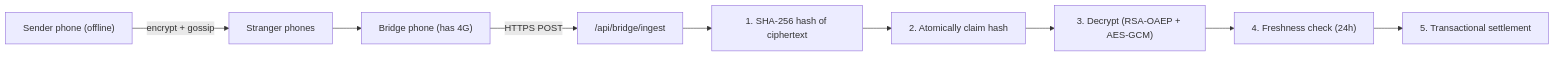
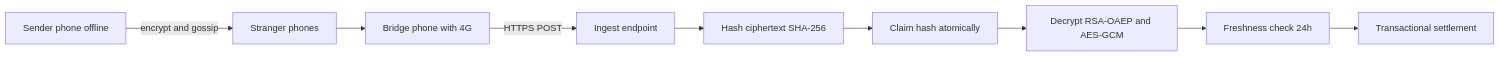
One commit to srivarshithagoli/Firefly changed the diagram in README.md. Above: the diagram before and after it, drawn with Mermaid. The commit also changed other lines of this file, not shown here.

````diff
--- a/README.md
+++ b/README.md
@@ -40,11 +38,11 @@
 ```mermaid
 flowchart LR
-    A["Sender phone (offline)"] -->|"encrypt + gossip"| B["Stranger phones"]
-    B --> C["Bridge phone (has 4G)"]
-    C -->|"HTTPS POST"| D["/api/bridge/ingest"]
-    D --> E["1. SHA-256 hash of ciphertext"]
-    E --> F["2. Atomically claim hash"]
-    F --> G["3. Decrypt (RSA-OAEP + AES-GCM)"]
-    G --> H["4. Freshness check (24h)"]
-    H --> I["5. Transactional settlement"]
+    A[Sender phone offline] -->|encrypt and gossip| B[Stranger phones]
+    B --> C[Bridge phone with 4G]
+    C -->|HTTPS POST| D[Ingest endpoint]
+    D --> E[Hash ciphertext SHA-256]
+    E --> F[Claim hash atomically]
+    F --> G[Decrypt RSA-OAEP and AES-GCM]
+    G --> H[Freshness check 24h]
+    H --> I[Transactional settlement]
 ```
````
